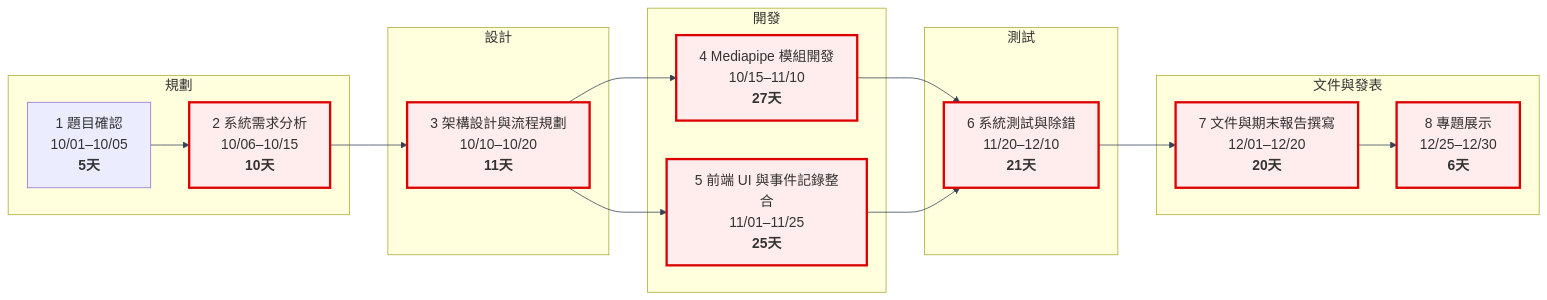
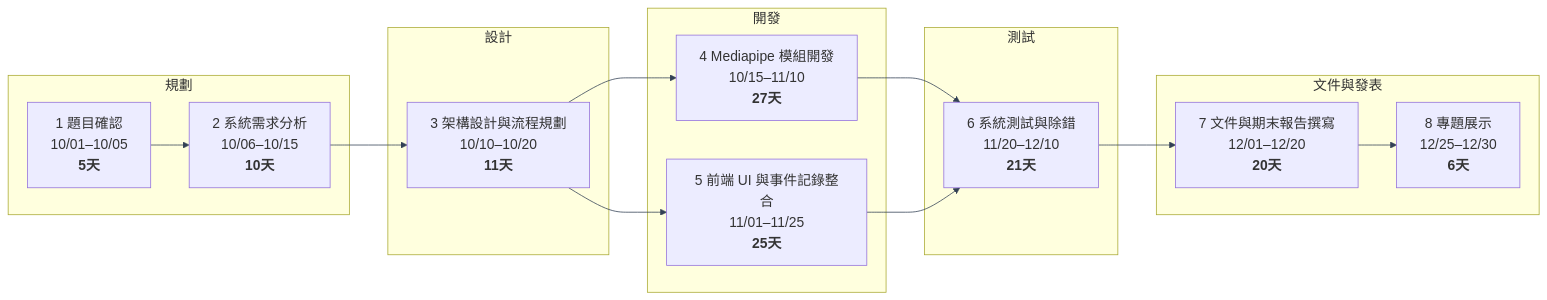
One commit to CHIUTZUCHUNAN/114-1B-5 changed the first of 2 diagrams in hw2.md. Above: the diagram before and after it, drawn with Mermaid. The commit also changed other lines of this file, not shown here.

````diff
--- a/hw2.md
+++ b/hw2.md
@@ -3,51 +3,47 @@
 ```mermaid
 %%{init: {
   "flowchart": { "curve": "basis", "htmlLabels": true },
   "themeVariables": {
     "fontSize": "18px",
     "primaryColor": "#eef4ff",
     "primaryTextColor": "#0f172a",
     "primaryBorderColor": "#334155",
     "lineColor": "#334155"
   }
 }}%%
 flowchart LR
   %% 區塊分泳道（模擬時程重疊）
   subgraph 規劃
     n1["1 題目確認<br/>10/01–10/05<br/><b>5天</b>"]
     n2["2 系統需求分析<br/>10/06–10/15<br/><b>10天</b>"]
   end
 
   subgraph 設計
     n3["3 架構設計與流程規劃<br/>10/10–10/20<br/><b>11天</b>"]
   end
 
   subgraph 開發
     n4["4 Mediapipe 模組開發<br/>10/15–11/10<br/><b>27天</b>"]
     n5["5 前端 UI 與事件記錄整合<br/>11/01–11/25<br/><b>25天</b>"]
   end
 
   subgraph 測試
     n6["6 系統測試與除錯<br/>11/20–12/10<br/><b>21天</b>"]
   end
 
   subgraph 文件與發表
     n7["7 文件與期末報告撰寫<br/>12/01–12/20<br/><b>20天</b>"]
     n8["8 專題展示<br/>12/25–12/30<br/><b>6天</b>"]
   end
 
   %% 任務順序與重疊（模擬並行）
   n1 --> n2
   n2 --> n3
   n3 --> n4
   n3 --> n5
   n4 --> n6
   n5 --> n6
   n6 --> n7
   n7 --> n8
 
-  %% 美化樣式（關鍵區塊加粗紅框）
-  classDef crit stroke:#d00,stroke-width:3px,fill:#ffecec;
-  class n2,n3,n4,n5,n6,n7,n8 crit;
-
 ```
````
